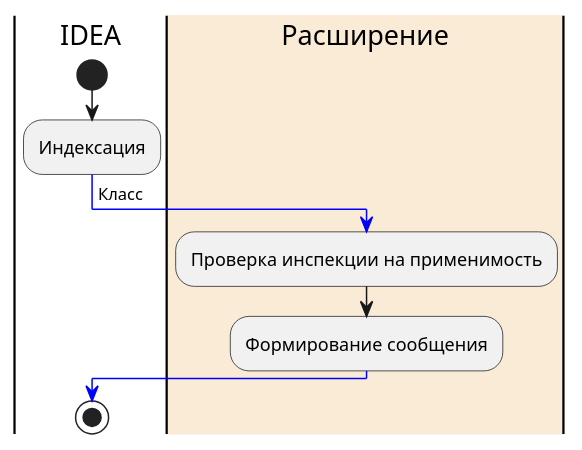
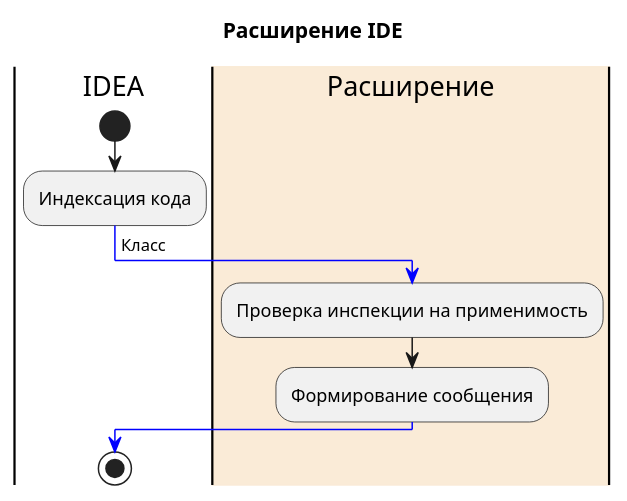
The diagram in docs/integration_idea.puml (koperagen/konnekt), drawn with PlantUML before and after one commit. The commit also changed 3 other files, not shown here.

```diff
--- a/docs/integration_idea.puml
+++ b/docs/integration_idea.puml
@@ -1,12 +1,13 @@
 @startuml
+title Расширение IDE
 |IDEA|
 start
-:Индексация;
+:Индексация кода;
  -[#blue]-> Класс;
 |#AntiqueWhite|Расширение|
 :Проверка инспекции на применимость;
 :Формирование сообщения;
  -[#blue]->;
 |IDEA|
 stop
 @enduml
```
